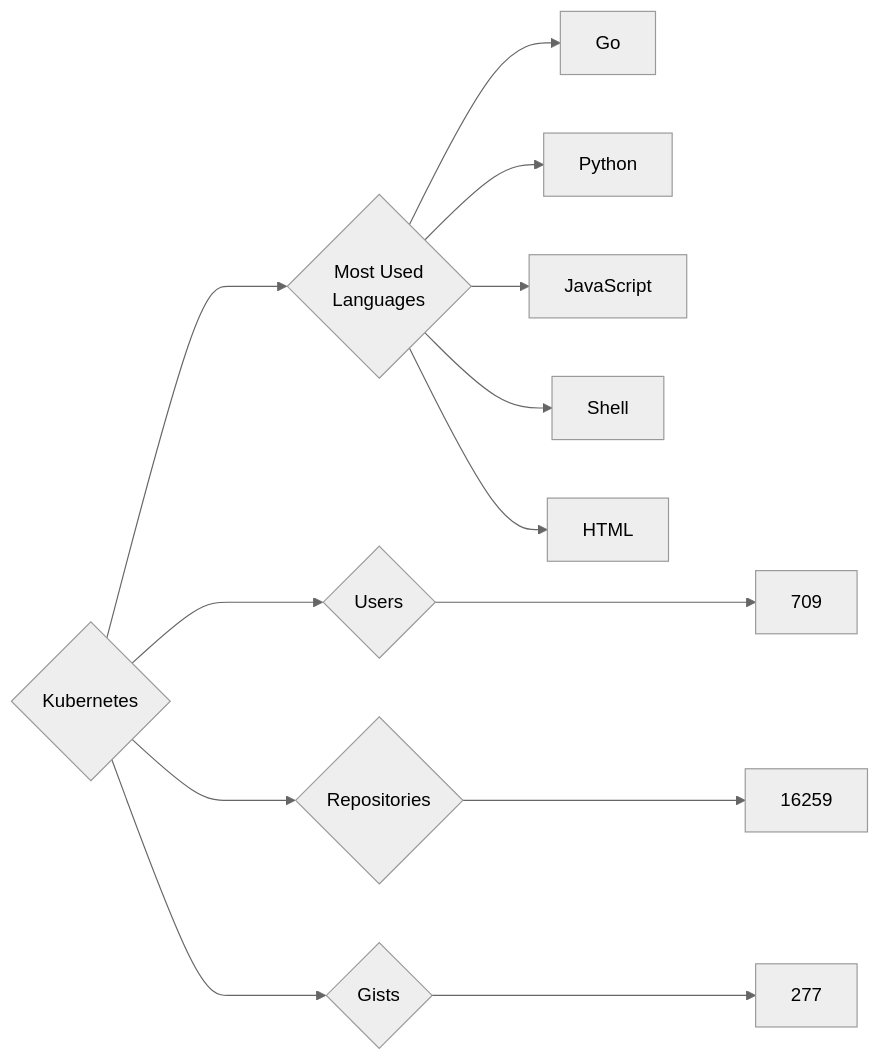
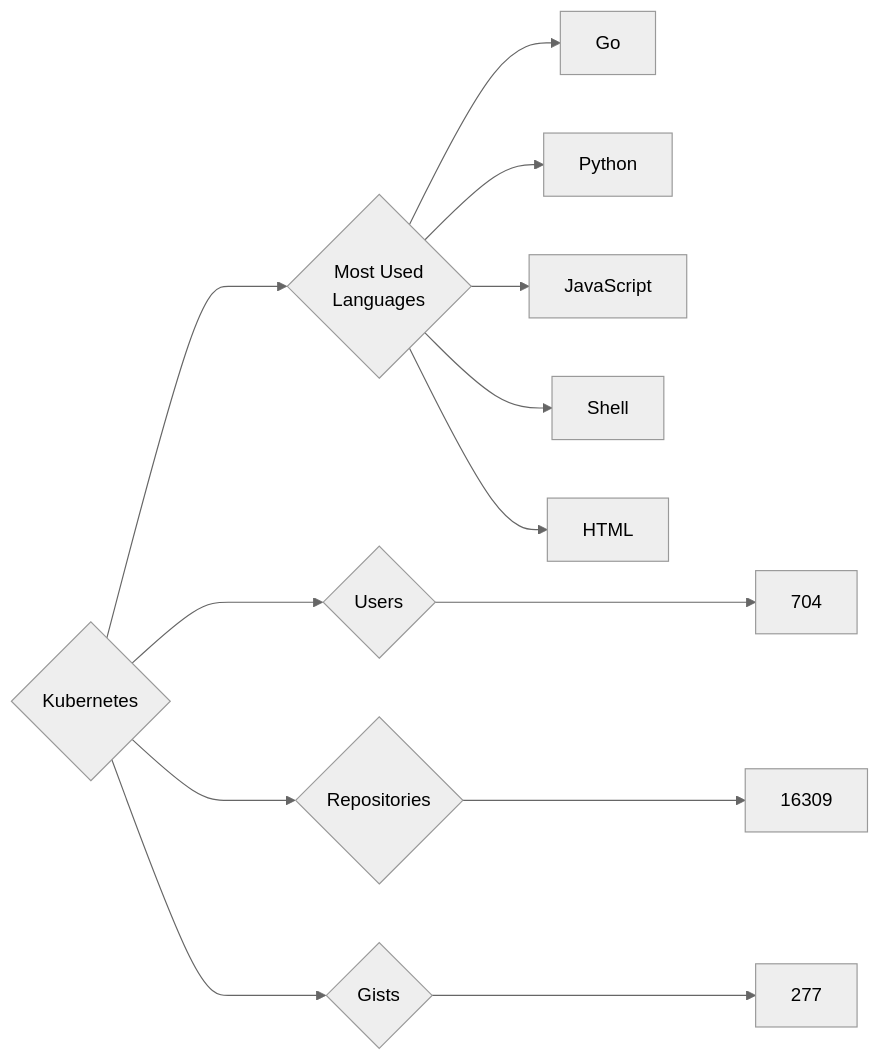
The diagram in targets/Kubernetes/README.md (trickest/insiders), drawn with Mermaid (neutral theme) before and after one commit. The commit also changed 860 other files, not shown here.

````diff
--- a/targets/Kubernetes/README.md
+++ b/targets/Kubernetes/README.md
@@ -3,13 +3,13 @@
 ```mermaid
 graph LR
 COMPANY_NAME{Kubernetes}
-COMPANY_NAME ---> U{Users} ---> UN[709]
-COMPANY_NAME ---> R{Repositories} ---> RN[16259]
+COMPANY_NAME ---> U{Users} ---> UN[704]
+COMPANY_NAME ---> R{Repositories} ---> RN[16309]
 COMPANY_NAME ---> G{Gists} ---> GN[277]
 COMPANY_NAME ---> ML{Most Used<br>Languages}
 ML --> Go[Go]
 ML --> Python[Python]
 ML --> JavaScript[JavaScript]
 ML --> Shell[Shell]
 ML --> HTML[HTML]
 ```
````
